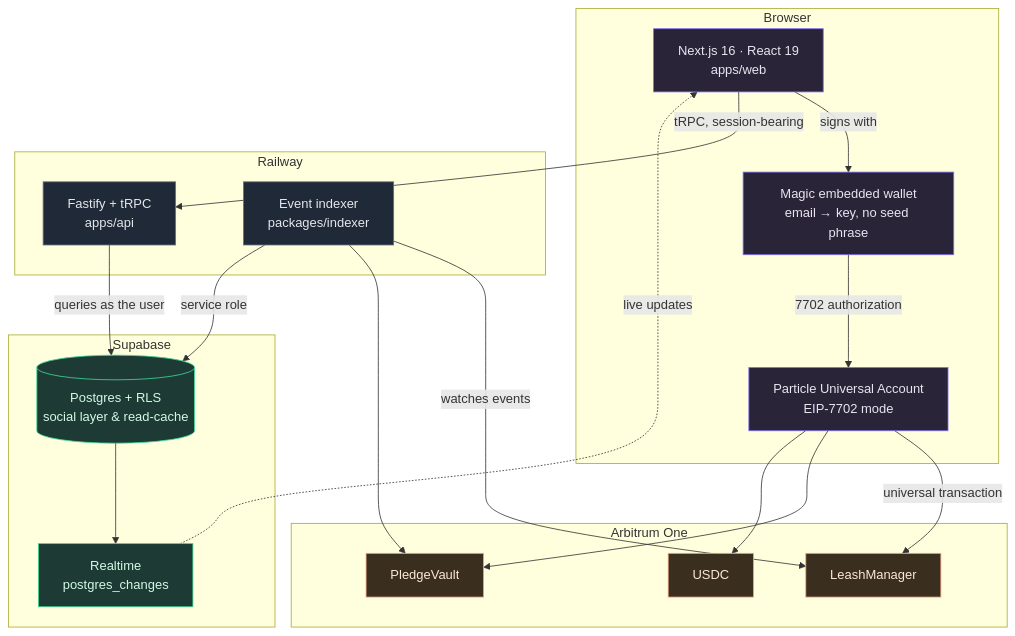
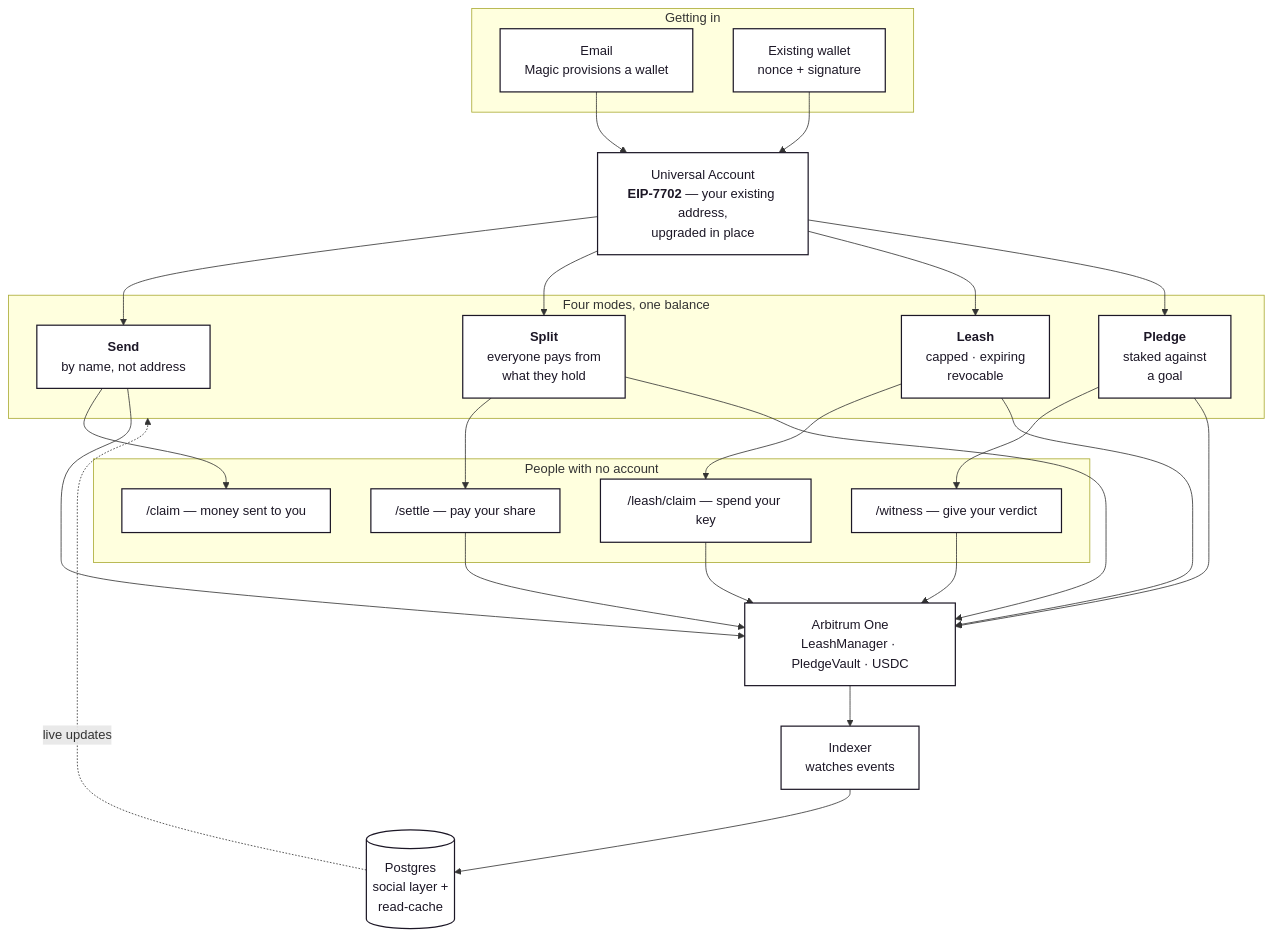
Before and after one commit to winsznx/float: the diagram in README.md, drawn with Mermaid. The commit also changed other lines of this file and 1 other file, not shown here.

First line of the commit message:
docs: production README with product flowchart, security table, license

````diff
--- a/README.md
+++ b/README.md
@@ -47,46 +36,45 @@
 ```mermaid
-graph TB
-    subgraph client["Browser"]
-        WEB["Next.js 16 · React 19<br/>apps/web"]
-        MAGIC["Magic embedded wallet<br/>email → key, no seed phrase"]
-        UA["Particle Universal Account<br/>EIP-7702 mode"]
+flowchart TB
+    subgraph entry["Getting in"]
+        E1["Email<br/>Magic provisions a wallet"]
+        E2["Existing wallet<br/>nonce + signature"]
     end
 
-    subgraph services["Railway"]
-        API["Fastify + tRPC<br/>apps/api"]
-        IDX["Event indexer<br/>packages/indexer"]
+    UA["Universal Account<br/><b>EIP-7702</b> — your existing address,<br/>upgraded in place"]
+
+    subgraph modes["Four modes, one balance"]
+        SEND["<b>Send</b><br/>by name, not address"]
+        SPLIT["<b>Split</b><br/>everyone pays from<br/>what they hold"]
+        LEASH["<b>Leash</b><br/>capped · expiring<br/>revocable"]
+        PLEDGE["<b>Pledge</b><br/>staked against<br/>a goal"]
     end
 
-    subgraph data["Supabase"]
-        PG[("Postgres + RLS<br/>social layer & read-cache")]
-        RT["Realtime<br/>postgres_changes"]
+    subgraph links["People with no account"]
+        L1["/claim — money sent to you"]
+        L2["/settle — pay your share"]
+        L3["/leash/claim — spend your key"]
+        L4["/witness — give your verdict"]
     end
 
-    subgraph chain["Arbitrum One"]
-        LM["LeashManager"]
-        PV["PledgeVault"]
-        USDC["USDC"]
-    end
+    CHAIN["Arbitrum One<br/>LeashManager · PledgeVault · USDC"]
+    IDX["Indexer<br/>watches events"]
+    DB[("Postgres<br/>social layer +<br/>read-cache")]
 
-    WEB -->|"signs with"| MAGIC
-    MAGIC -->|"7702 authorization"| UA
-    UA -->|"universal transaction"| LM
-    UA --> PV
-    UA --> USDC
-    WEB -->|"tRPC, session-bearing"| API
-    API -->|"queries as the user"| PG
-    IDX -->|"watches events"| LM
-    IDX --> PV
-    IDX -->|"service role"| PG
-    PG --> RT
-    RT -.->|"live updates"| WEB
+    E1 --> UA
+    E2 --> UA
+    UA --> SEND & SPLIT & LEASH & PLEDGE
 
-    classDef browser fill:#2a2438,stroke:#7c6cf5,color:#e8e4f0
-    classDef service fill:#1f2937,stroke:#6b7280,color:#e5e7eb
-    classDef store fill:#1e3a34,stroke:#3ddc97,color:#d1fae5
-    classDef onchain fill:#3a2e1f,stroke:#f2a683,color:#fde8d7
-    class WEB,MAGIC,UA browser
-    class API,IDX service
-    class PG,RT store
-    class LM,PV,USDC onchain
+    SEND --> L1
+    SPLIT --> L2
+    LEASH --> L3
+    PLEDGE --> L4
+
+    SEND & SPLIT & LEASH & PLEDGE --> CHAIN
+    L2 & L3 & L4 --> CHAIN
+
+    CHAIN --> IDX --> DB
+    DB -.->|"live updates"| modes
+
+    classDef node fill:#ffffff,stroke:#1c1726,stroke-width:1.5px,color:#1c1726
+    class E1,E2,UA,SEND,SPLIT,LEASH,PLEDGE,L1,L2,L3,L4,CHAIN,IDX,DB node
 ```
````
